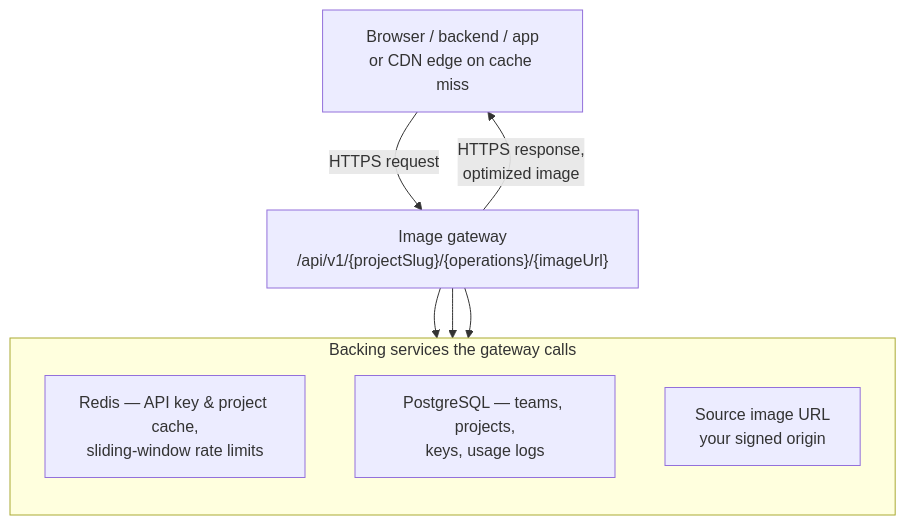
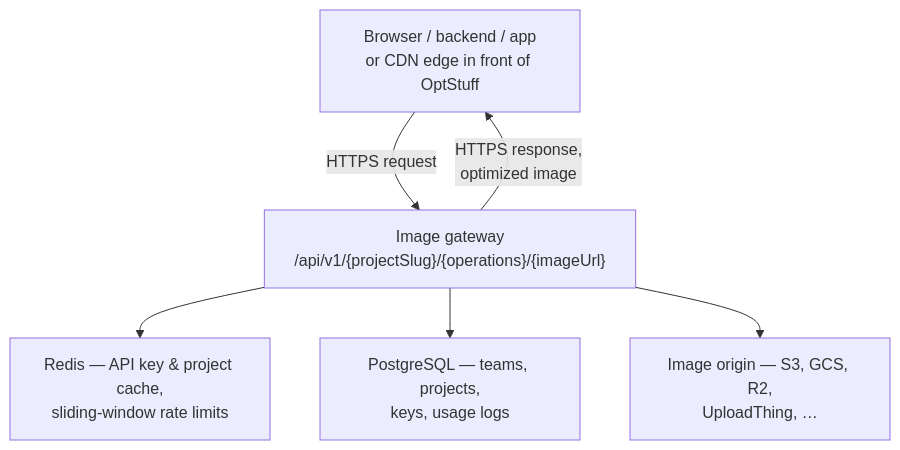
One commit to EricTsai83/optstuff changed the first of 3 diagrams in apps/docs/content/docs/introduction/how-it-works.mdx. Above: the diagram before and after it, drawn with Mermaid. The commit also changed other lines of this file, not shown here.

````diff
--- a/apps/docs/content/docs/introduction/how-it-works.mdx
+++ b/apps/docs/content/docs/introduction/how-it-works.mdx
@@ -14,15 +14,12 @@
 ```mermaid title="Architecture at a glance"
 flowchart TB
-  Client["Browser / backend / app<br/>or CDN edge on cache miss"]
+  Client["Browser / backend / app<br/>or CDN edge in front of OptStuff"]
   Client -->|"HTTPS request"| Gateway["Image gateway<br/>/api/v1/{projectSlug}/{operations}/{imageUrl}"]
-  subgraph Backing["Backing services the gateway calls"]
-    direction TB
-    Redis["Redis — API key & project cache,<br/>sliding-window rate limits"]
-    PG["PostgreSQL — teams, projects,<br/>keys, usage logs"]
-    Origin["Source image URL<br/>your signed origin"]
-  end
+  Redis["Redis — API key & project cache,<br/>sliding-window rate limits"]
+  PG["PostgreSQL — teams, projects,<br/>keys, usage logs"]
+  Origin["Image origin — S3, GCS, R2,<br/>UploadThing, …"]
   Gateway --> Redis
   Gateway --> PG
   Gateway --> Origin
   Gateway -->|"HTTPS response,<br/>optimized image"| Client
 ```
````
